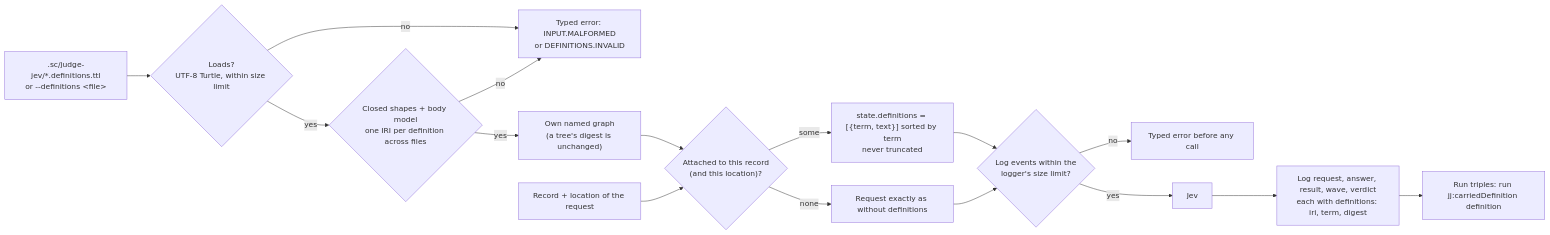
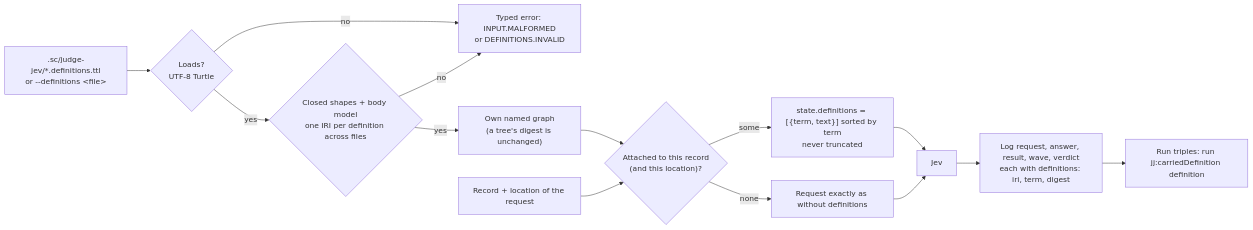
The diagram in docs/diagrams/definitions.md (randlee/judge-jev), drawn with Mermaid before and after one commit. The commit also changed 17 other files, not shown here.

````diff
--- a/docs/diagrams/definitions.md
+++ b/docs/diagrams/definitions.md
@@ -3,18 +3,16 @@
 ```mermaid
 flowchart LR
-    F[".sc/judge-jev/*.definitions.ttl<br/>or --definitions &lt;file&gt;"] --> LD{"Loads?<br/>UTF-8 Turtle, within size limit"}
+    F[".sc/judge-jev/*.definitions.ttl<br/>or --definitions &lt;file&gt;"] --> LD{"Loads?<br/>UTF-8 Turtle"}
     LD -- no --> E1[Typed error: INPUT.MALFORMED<br/>or DEFINITIONS.INVALID]
     LD -- yes --> SH{"Closed shapes + body model<br/>one IRI per definition across files"}
     SH -- no --> E1
     SH -- yes --> G["Own named graph<br/>(a tree's digest is unchanged)"]
     G --> M{"Attached to this record<br/>(and this location)?"}
     R[Record + location of the request] --> M
     M -- none --> Q["Request exactly as without definitions"]
     M -- some --> S["state.definitions = [{term, text}] sorted by term<br/>never truncated"]
-    S --> Z{"Log events within the<br/>logger's size limit?"}
-    Q --> Z
-    Z -- no --> E2[Typed error before any call]
-    Z -- yes --> J[Jev]
+    S --> J[Jev]
+    Q --> J
     J --> L["Log request, answer, result, wave, verdict<br/>each with definitions: iri, term, digest"]
     L --> T["Run triples: run jj:carriedDefinition definition"]
 ```
````
